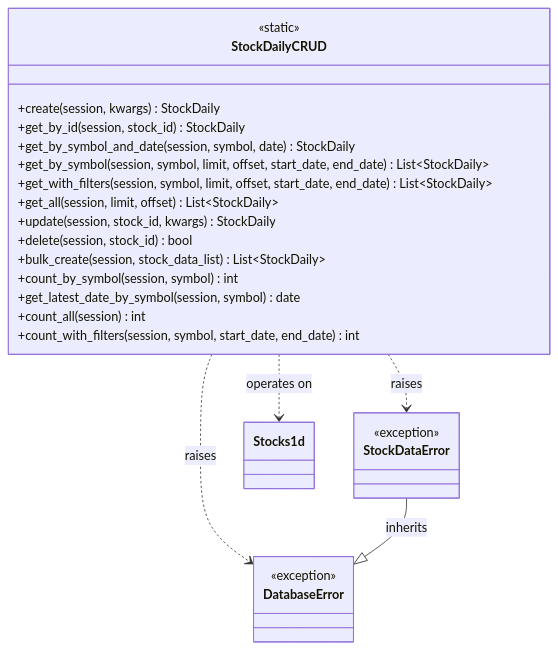
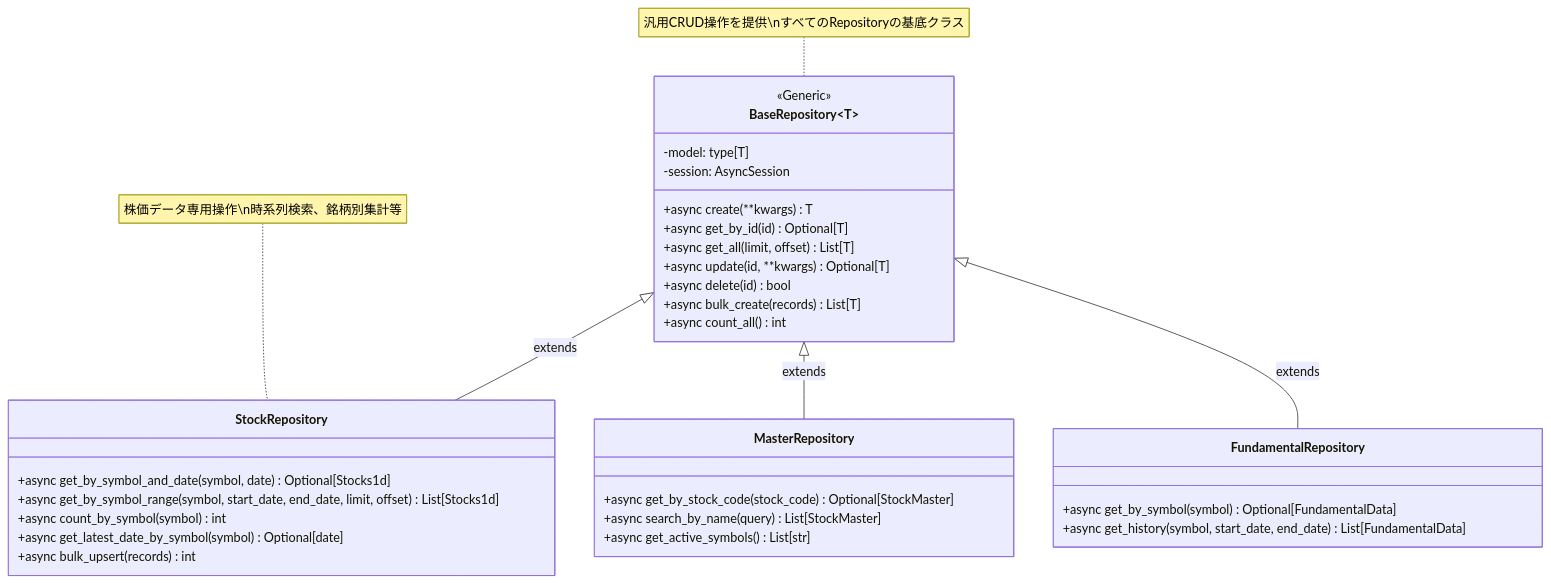
Before and after one commit to TIMMY-WEST/STOCK-INVESTMENT-ANALYZER: the second of 3 diagrams in docs/architecture/layers/data_access_layer.md, drawn with Mermaid. The commit also changed other lines of this file, not shown here.

````diff
--- a/docs/architecture/layers/data_access_layer.md
+++ b/docs/architecture/layers/data_access_layer.md
@@ -300,32 +636,41 @@
 ```mermaid
 classDiagram
-    class StockDailyCRUD {
-        <<static>>
-        +create(session, kwargs) StockDaily
-        +get_by_id(session, stock_id) StockDaily
-        +get_by_symbol_and_date(session, symbol, date) StockDaily
-        +get_by_symbol(session, symbol, limit, offset, start_date, end_date) List~StockDaily~
-        +get_with_filters(session, symbol, limit, offset, start_date, end_date) List~StockDaily~
-        +get_all(session, limit, offset) List~StockDaily~
-        +update(session, stock_id, kwargs) StockDaily
-        +delete(session, stock_id) bool
-        +bulk_create(session, stock_data_list) List~StockDaily~
-        +count_by_symbol(session, symbol) int
-        +get_latest_date_by_symbol(session, symbol) date
-        +count_all(session) int
-        +count_with_filters(session, symbol, start_date, end_date) int
+    class BaseRepository~T~ {
+        <<Generic>>
+        -model: type[T]
+        -session: AsyncSession
+        +async create(**kwargs) T
+        +async get_by_id(id) Optional[T]
+        +async get_all(limit, offset) List[T]
+        +async update(id, **kwargs) Optional[T]
+        +async delete(id) bool
+        +async bulk_create(records) List[T]
+        +async count_all() int
     }
 
-    class DatabaseError {
-        <<exception>>
+    class StockRepository {
+        +async get_by_symbol_and_date(symbol, date) Optional[Stocks1d]
+        +async get_by_symbol_range(symbol, start_date, end_date, limit, offset) List[Stocks1d]
+        +async count_by_symbol(symbol) int
+        +async get_latest_date_by_symbol(symbol) Optional[date]
+        +async bulk_upsert(records) int
     }
 
-    class StockDataError {
-        <<exception>>
+    class MasterRepository {
+        +async get_by_stock_code(stock_code) Optional[StockMaster]
+        +async search_by_name(query) List[StockMaster]
+        +async get_active_symbols() List[str]
     }
 
-    StockDailyCRUD ..> Stocks1d : operates on
-    StockDailyCRUD ..> DatabaseError : raises
-    StockDailyCRUD ..> StockDataError : raises
-    StockDataError --|> DatabaseError : inherits
+    class FundamentalRepository {
+        +async get_by_symbol(symbol) Optional[FundamentalData]
+        +async get_history(symbol, start_date, end_date) List[FundamentalData]
+    }
+
+    BaseRepository <|-- StockRepository : extends
+    BaseRepository <|-- MasterRepository : extends
+    BaseRepository <|-- FundamentalRepository : extends
+
+    note for BaseRepository "汎用CRUD操作を提供\nすべてのRepositoryの基底クラス"
+    note for StockRepository "株価データ専用操作\n時系列検索、銘柄別集計等"
 ```
````
